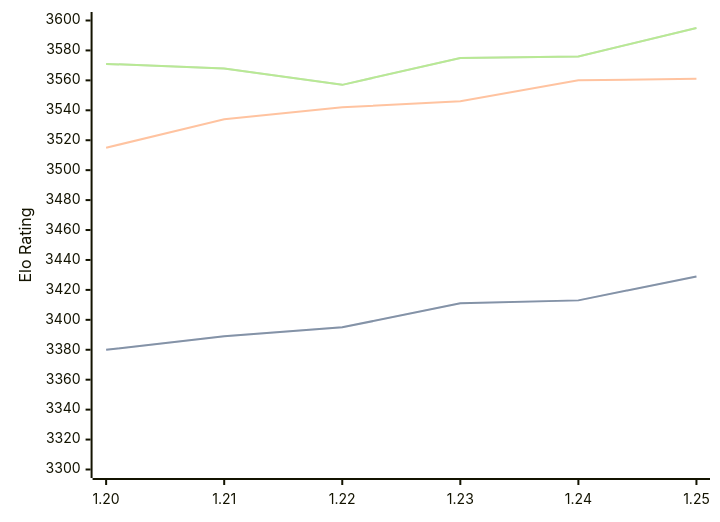
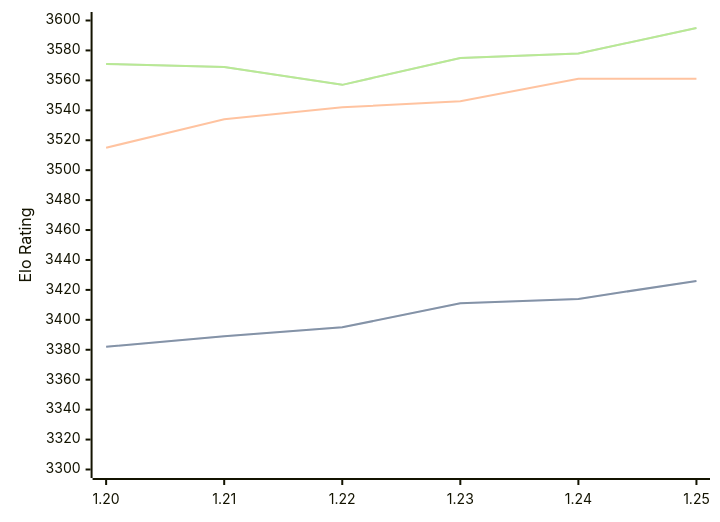
One commit to computer-chess-index/cci changed the diagram in engines/Caissa.md. Above: the diagram before and after it, drawn with Mermaid. The commit also changed other lines of this file, not shown here.

Commit message:
Update CCI Ratings (ELO VLTC) - 2026-04-10

````diff
--- a/engines/Caissa.md
+++ b/engines/Caissa.md
@@ -65,11 +65,11 @@
 ```mermaid
 %%{init: {"theme":"base","themeVariables":{"seriesColors:['#a3a3a3','#222221','#faa371']}}}%%
 xychart-beta
   x-axis ["1.20", "1.21", "1.22", "1.23", "1.24", "1.25"]
   y-axis "Elo Rating" 3300 --> 3600
-  line "STC (8.0+0.08s)" [3380, 3389, 3395, 3411, 3413, 3429]
-  line "STC (8.0+0.08s)" [3380, 3389, 3395, 3411, 3413, 3429]
-  line "LTC (60.0+0.60s)" [3515, 3534, 3542, 3546, 3560, 3561]
-  line "VLTC (2m24s+1.12s)" [3571, 3568, 3557, 3575, 3576, 3595]
-  line "VLTC (2m24s+1.12s)" [3571, 3568, 3557, 3575, 3576, 3595]
+  line "STC (8.0+0.08s)" [3382, 3389, 3395, 3411, 3414, 3426]
+  line "STC (8.0+0.08s)" [3382, 3389, 3395, 3411, 3414, 3426]
+  line "LTC (60.0+0.60s)" [3515, 3534, 3542, 3546, 3561, 3561]
+  line "VLTC (2m24s+1.12s)" [3571, 3569, 3557, 3575, 3578, 3595]
+  line "VLTC (2m24s+1.12s)" [3571, 3569, 3557, 3575, 3578, 3595]
 ```
````
